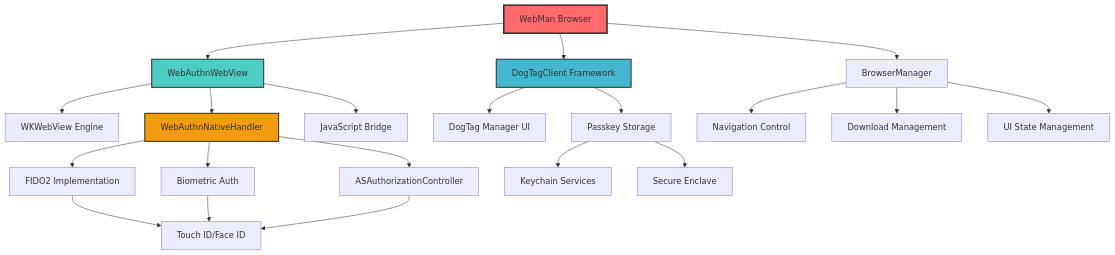
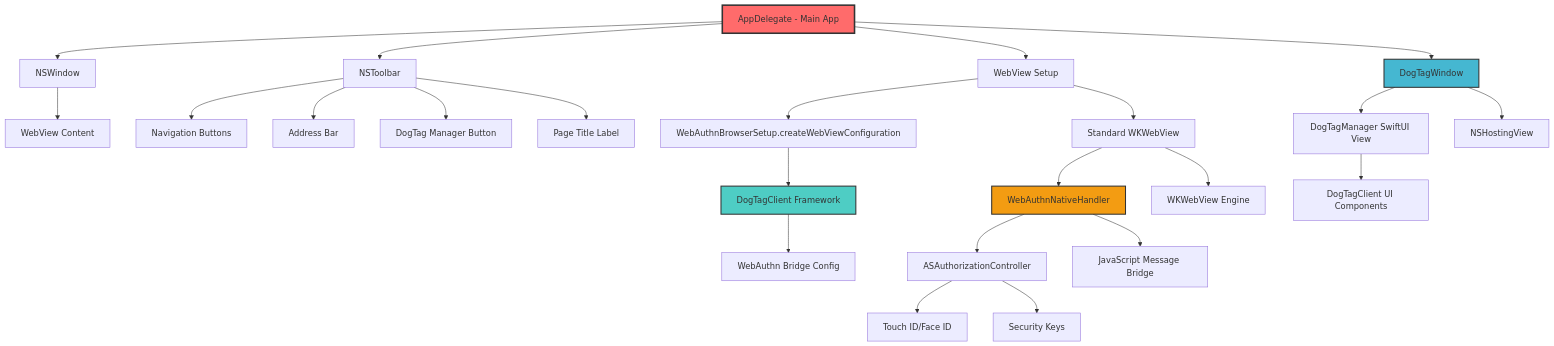
The diagram in README.md (webauthnai/Web-Man), drawn with Mermaid before and after one commit. The commit also changed 1 other file, not shown here.

````diff
--- a/README.md
+++ b/README.md
@@ -59,33 +59,38 @@
 ```mermaid
 graph TB
-    A[WebMan Browser] --> B[WebAuthnWebView]
-    A --> C[DogTagClient Framework]
-    A --> D[BrowserManager]
+    A[AppDelegate - Main App] --> B[NSWindow]
+    A --> C[NSToolbar]
+    A --> D[WebView Setup]
+    A --> E[DogTagWindow]
     
-    B --> E[WKWebView Engine]
-    B --> F[WebAuthnNativeHandler]
-    B --> G[JavaScript Bridge]
+    B --> F[WebView Content]
+    C --> G[Navigation Buttons]
+    C --> H[Address Bar]
+    C --> I[DogTag Manager Button]
+    C --> J[Page Title Label]
     
-    C --> H[DogTag Manager UI]
-    C --> I[Passkey Storage]
+    D --> K[WebAuthnBrowserSetup.createWebViewConfiguration]
+    D --> L[Standard WKWebView]
     
-    F --> J[FIDO2 Implementation]
-    F --> K[Biometric Auth]
-    F --> L[ASAuthorizationController]
+    K --> M[DogTagClient Framework]
+    M --> N[WebAuthn Bridge Config]
     
-    J --> M[Touch ID/Face ID]
-    K --> M
-    L --> M
+    L --> O[WebAuthnNativeHandler]
+    L --> P[WKWebView Engine]
     
-    I --> N[Keychain Services]
-    I --> O[Secure Enclave]
+    O --> Q[ASAuthorizationController]
+    O --> R[JavaScript Message Bridge]
     
-    D --> P[Navigation Control]
-    D --> Q[Download Management]
-    D --> R[UI State Management]
+    Q --> S[Touch ID/Face ID]
+    Q --> T[Security Keys]
+    
+    E --> U[DogTagManager SwiftUI View]
+    E --> V[NSHostingView]
+    
+    U --> W[DogTagClient UI Components]
     
     style A fill:#ff6b6b,stroke:#333,stroke-width:3px
-    style B fill:#4ecdc4,stroke:#333,stroke-width:2px
-    style C fill:#45b7d1,stroke:#333,stroke-width:2px
-    style F fill:#f39c12,stroke:#333,stroke-width:2px
+    style M fill:#4ecdc4,stroke:#333,stroke-width:2px
+    style O fill:#f39c12,stroke:#333,stroke-width:2px
+    style E fill:#45b7d1,stroke:#333,stroke-width:2px
 ```
````
